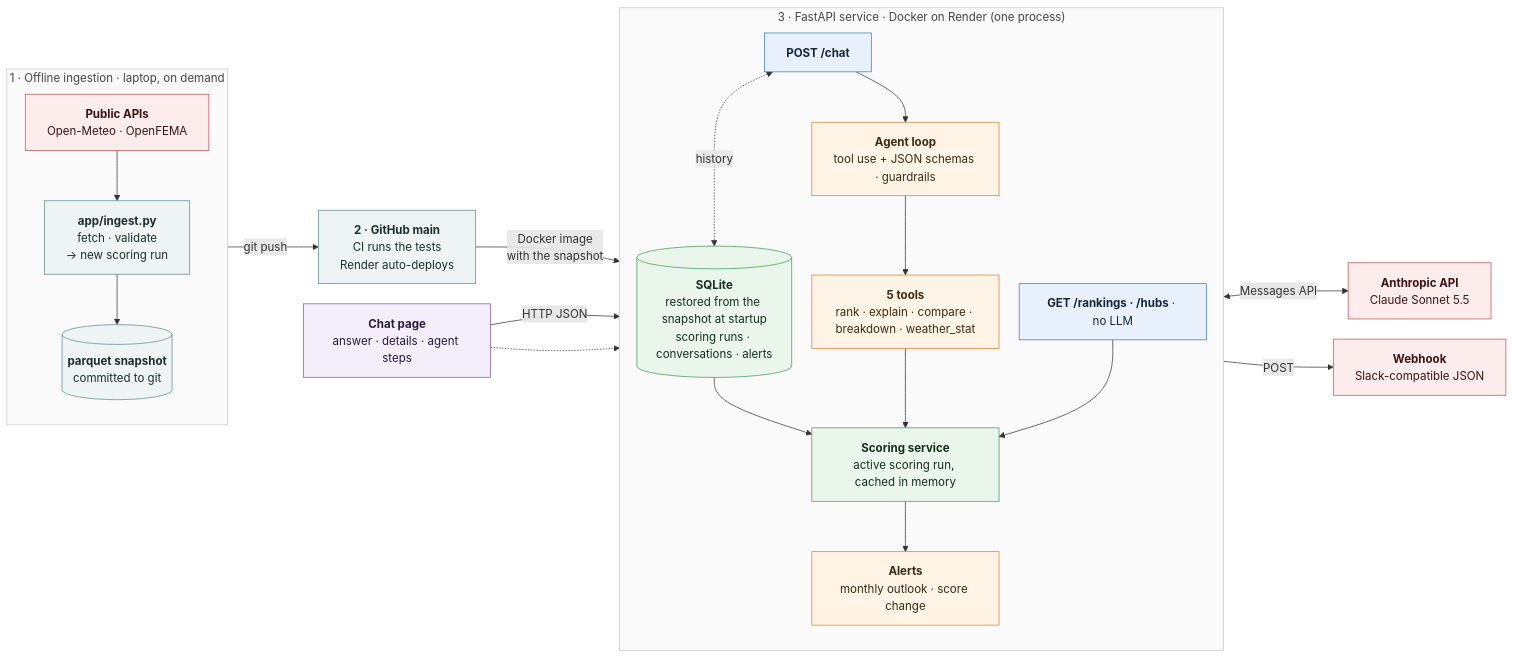
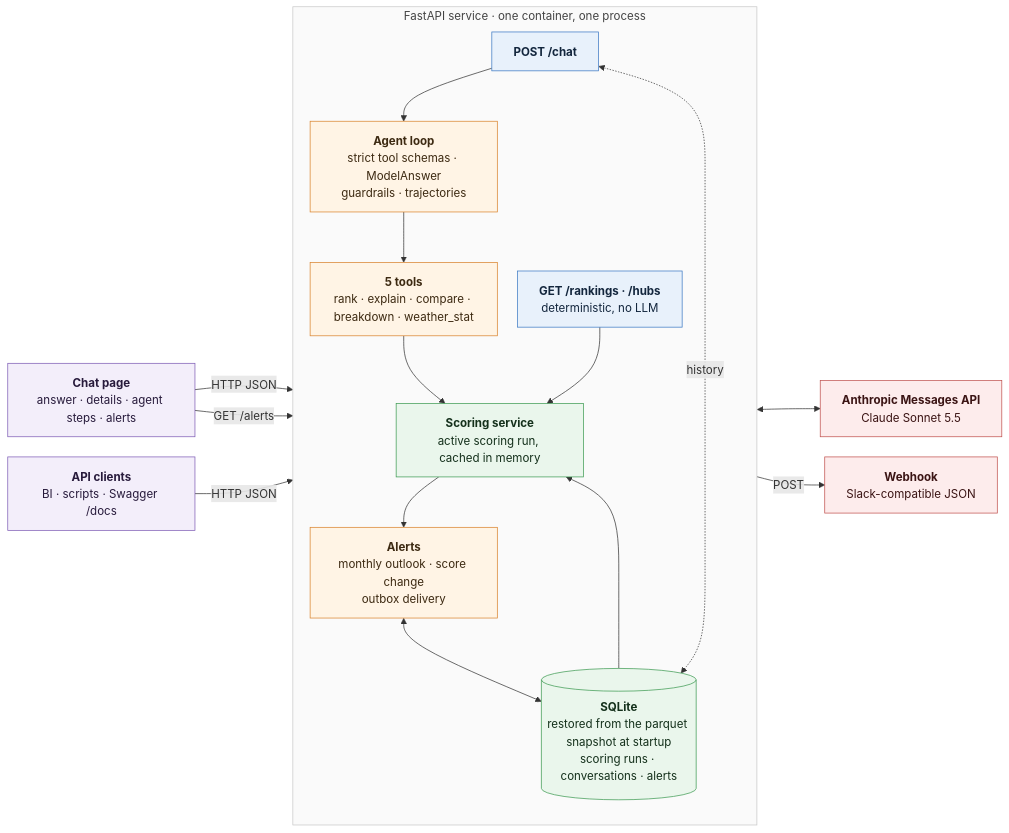
Before and after one commit to Omer212111/Home-assignment-Moveo: the diagram in README.md, drawn with Mermaid. The commit also changed other lines of this file and 8 other files, not shown here.

First line of the commit message:
Architecture diagrams show the running system only (ingestion and deployment moved to setup); /rankings drawn with its real callers (API clients); PDF summary updated

````diff
--- a/README.md
+++ b/README.md
@@ -25,62 +25,51 @@
 ```mermaid
 ---
 config:
   flowchart:
     curve: basis
     nodeSpacing: 28
     rankSpacing: 45
 ---
 flowchart LR
-    subgraph OFF["1 · Offline ingestion · laptop, on demand"]
+    UI["<b>Chat page</b><br/>answer · details · agent steps · alerts"]
+    CLIENTS["<b>API clients</b><br/>BI · scripts · Swagger /docs"]
+
+    subgraph SVC["FastAPI service · one container, one process"]
         direction TB
-        APIS["<b>Public APIs</b><br/>Open-Meteo · OpenFEMA"]
-        ING["<b>app/ingest.py</b><br/>fetch · validate<br/>→ new scoring run"]
-        SNAP[("<b>parquet snapshot</b><br/>committed to git")]
-        APIS --> ING
-        ING --> SNAP
-    end
-
-    GIT["<b>2 · GitHub main</b><br/>CI runs the tests<br/>Render auto-deploys"]
-
-    subgraph SVC["3 · FastAPI service · Docker on Render (one process)"]
-        direction TB
-        DB[("<b>SQLite</b><br/>restored from the snapshot at startup<br/>scoring runs · conversations · alerts")]
+        CHAT["<b>POST /chat</b>"]
+        AGENT["<b>Agent loop</b><br/>strict tool schemas · ModelAnswer<br/>guardrails · trajectories"]
+        TOOLS["<b>5 tools</b><br/>rank · explain · compare · breakdown · weather_stat"]
+        REST["<b>GET /rankings · /hubs</b><br/>deterministic, no LLM"]
         ENG["<b>Scoring service</b><br/>active scoring run, cached in memory"]
-        CHAT["<b>POST /chat</b>"]
-        AGENT["<b>Agent loop</b><br/>tool use + JSON schemas · guardrails"]
-        TOOLS["<b>5 tools</b><br/>rank · explain · compare · breakdown · weather_stat"]
-        REST["<b>GET /rankings · /hubs</b> · no LLM"]
-        ALERT["<b>Alerts</b><br/>monthly outlook · score change"]
-        DB --> ENG
+        DB[("<b>SQLite</b><br/>restored from the parquet snapshot at startup<br/>scoring runs · conversations · alerts")]
+        ALERT["<b>Alerts</b><br/>monthly outlook · score change<br/>outbox delivery"]
         CHAT --> AGENT --> TOOLS --> ENG
         REST --> ENG
+        DB --> ENG
         ENG --> ALERT
+        ALERT <--> DB
         CHAT <-. "history" .-> DB
     end
 
-    UI["<b>Chat page</b><br/>answer · details · agent steps"]
-    CLAUDE["<b>Anthropic API</b><br/>Claude Sonnet 5.5"]
+    CLAUDE["<b>Anthropic Messages API</b><br/>Claude Sonnet 5.5"]
     HOOK["<b>Webhook</b><br/>Slack-compatible JSON"]
 
-    SNAP -- "git push" --> GIT
-    GIT -- "Docker image<br/>with the snapshot" --> DB
     UI -- "HTTP JSON" --> CHAT
-    UI -.-> REST
-    AGENT <-- "Messages API" --> CLAUDE
+    UI -- "GET /alerts" --> ALERT
+    CLIENTS -- "HTTP JSON" --> REST
+    AGENT <--> CLAUDE
     ALERT -- "POST" --> HOOK
 
     classDef client fill:#f3eefa,stroke:#7d5bb5,color:#271a3b
     classDef api fill:#e8f1fb,stroke:#3b78c3,color:#13263d
     classDef agent fill:#fff4e5,stroke:#d9822b,color:#3d2a12
     classDef ext fill:#fdecec,stroke:#c0504d,color:#3b1414
     classDef eng fill:#eaf6ec,stroke:#3c9a52,color:#14301b
-    classDef batch fill:#eef3f3,stroke:#5b8a8a,color:#1d2e2e
     classDef group fill:#fafafa,stroke:#c8c8c8,color:#444
-    class UI client
+    class UI,CLIENTS client
     class CHAT,REST api
     class AGENT,TOOLS,ALERT agent
-    class CLAUDE,HOOK,APIS ext
+    class CLAUDE,HOOK ext
     class ENG,DB eng
-    class ING,SNAP,GIT batch
-    class OFF,SVC group
+    class SVC group
 ```
````
